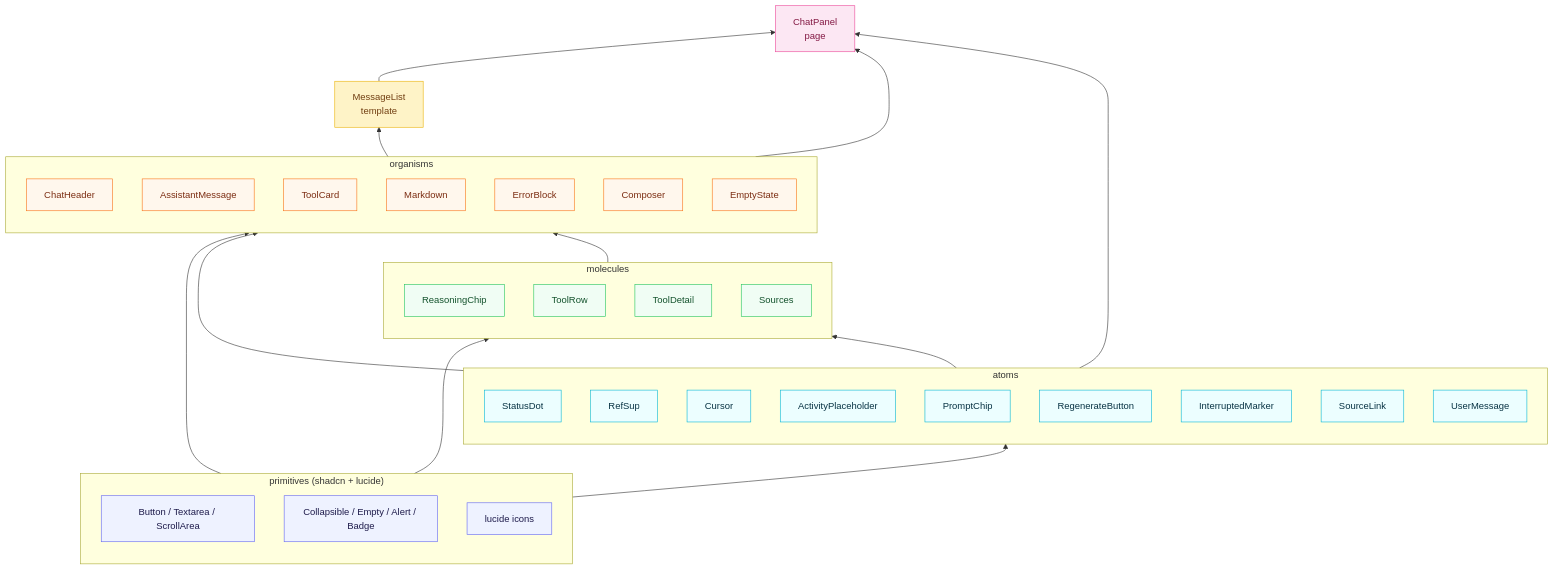
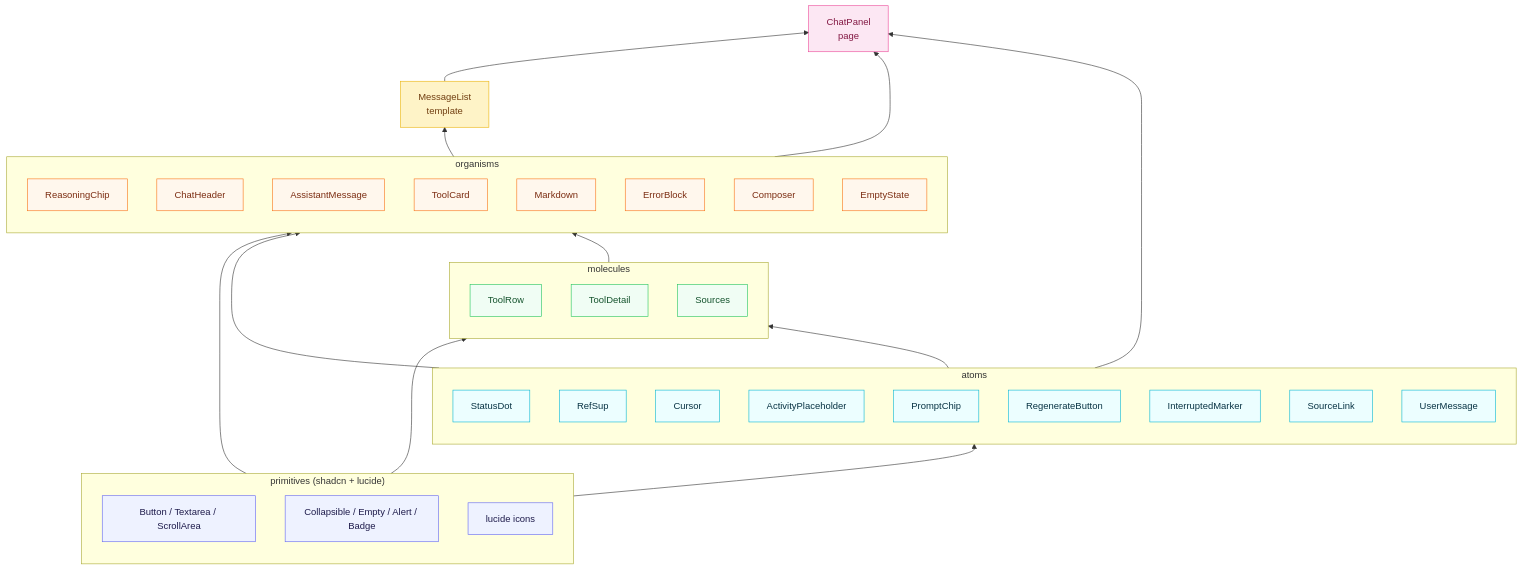
Before and after one commit to wei-yiting/fin-lab-x: the first of 4 diagrams in docs/frontend_chat_architecture.md, drawn with Mermaid. The commit also changed other lines of this file and 9 other files, not shown here.

````diff
--- a/docs/frontend_chat_architecture.md
+++ b/docs/frontend_chat_architecture.md
@@ -15,65 +15,65 @@
 ```mermaid
 flowchart BT
     subgraph primitives["primitives (shadcn + lucide)"]
         P1[Button / Textarea / ScrollArea]
         P2[Collapsible / Empty / Alert / Badge]
         P3[lucide icons]
     end
 
     subgraph atoms
         StatusDot
         RefSup
         Cursor
         ActivityPlaceholder
         PromptChip
         RegenerateButton
         InterruptedMarker
         SourceLink
         UserMessage
     end
 
     subgraph molecules
-        ReasoningChip
         ToolRow
         ToolDetail
         Sources
     end
 
     subgraph organisms
+        ReasoningChip
         ChatHeader
         AssistantMessage
         ToolCard
         Markdown
         ErrorBlock
         Composer
         EmptyState
     end
 
     MessageList[MessageList<br/>template]
     ChatPanel[ChatPanel<br/>page]
 
     primitives --> atoms
     primitives --> molecules
     primitives --> organisms
     atoms --> molecules
     atoms --> organisms
     molecules --> organisms
     organisms --> MessageList
     MessageList --> ChatPanel
     organisms --> ChatPanel
     atoms --> ChatPanel
 
     classDef primitiveCls fill:#eef2ff,stroke:#6366f1,color:#1e1b4b
     classDef atomCls fill:#ecfeff,stroke:#06b6d4,color:#083344
     classDef moleculeCls fill:#f0fdf4,stroke:#22c55e,color:#14532d
     classDef organismCls fill:#fff7ed,stroke:#f97316,color:#7c2d12
     classDef templateCls fill:#fef3c7,stroke:#eab308,color:#713f12
     classDef pageCls fill:#fce7f3,stroke:#ec4899,color:#831843
 
     class P1,P2,P3 primitiveCls
     class StatusDot,RefSup,Cursor,ActivityPlaceholder,PromptChip,RegenerateButton,InterruptedMarker,SourceLink,UserMessage atomCls
-    class ReasoningChip,ToolRow,ToolDetail,Sources moleculeCls
-    class ChatHeader,AssistantMessage,ToolCard,Markdown,ErrorBlock,Composer,EmptyState organismCls
+    class ToolRow,ToolDetail,Sources moleculeCls
+    class ReasoningChip,ChatHeader,AssistantMessage,ToolCard,Markdown,ErrorBlock,Composer,EmptyState organismCls
     class MessageList templateCls
     class ChatPanel pageCls
 ```
````
